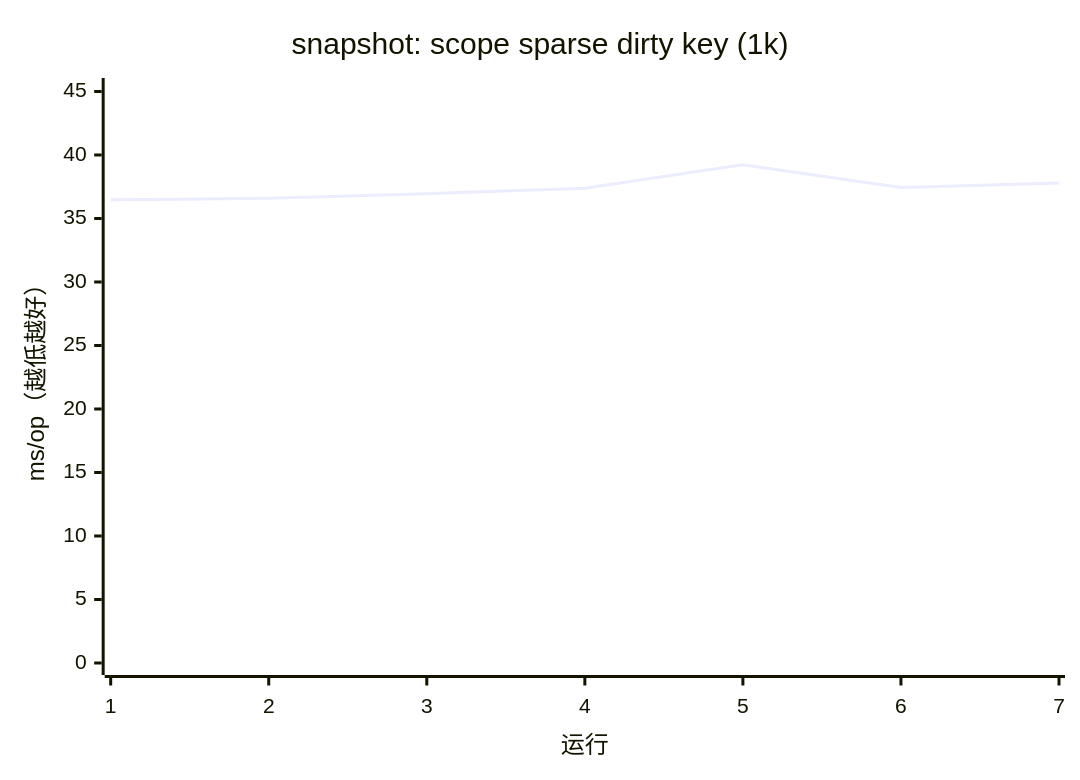
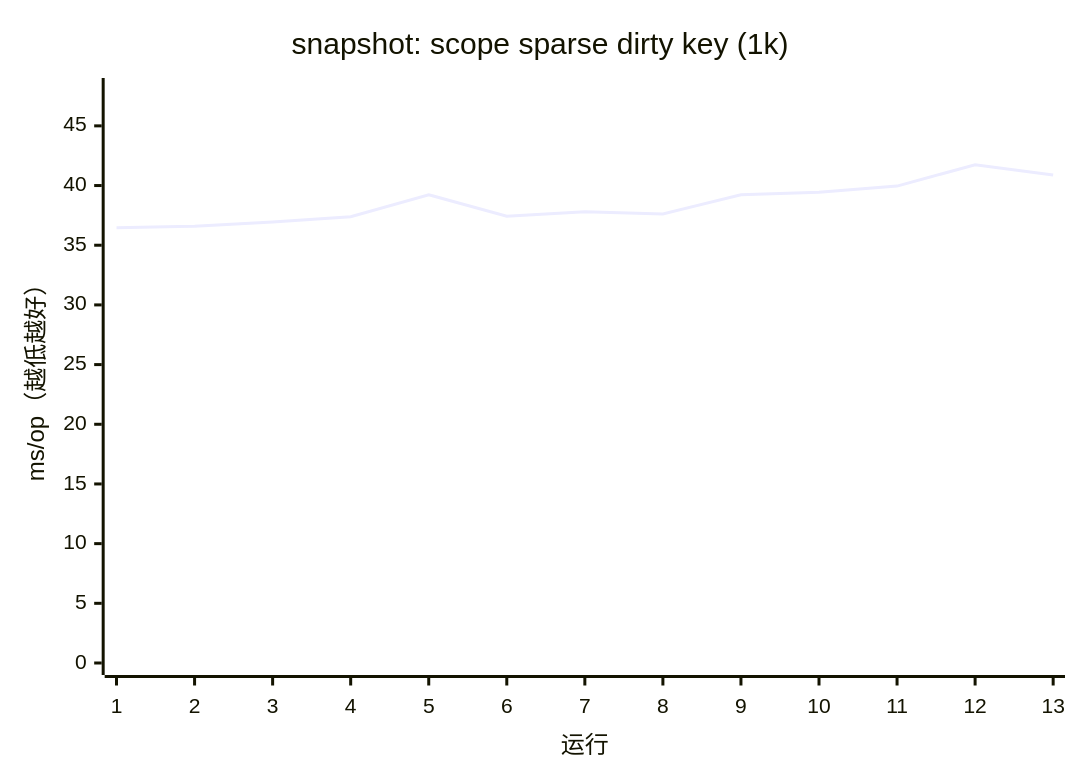
One commit to AIluffy/io changed the fifth of 17 diagrams in apps/docs/src/content/docs/guides/benchmark.mdx. Above: the diagram before and after it, drawn with Mermaid. The commit also changed other lines of this file and 11 other files, not shown here.

````diff
--- a/apps/docs/src/content/docs/guides/benchmark.mdx
+++ b/apps/docs/src/content/docs/guides/benchmark.mdx
@@ -148,7 +235,7 @@
 ```mermaid
 xychart-beta
   title "snapshot: scope sparse dirty key (1k)"
-  x-axis "运行" [1, 2, 3, 4, 5, 6, 7]
-  y-axis "ms/op（越低越好）" 0 --> 45.116
-  line [36.472, 36.5878, 36.9486, 37.3812, 39.2313, 37.435, 37.7992]
+  x-axis "运行" [1, 2, 3, 4, 5, 6, 7, 8, 9, 10, 11, 12, 13]
+  y-axis "ms/op（越低越好）" 0 --> 48.0046
+  line [36.472, 36.5878, 36.9486, 37.3812, 39.2313, 37.435, 37.7992, 37.6167, 39.2233, 39.4452, 39.9555, 41.7431, 40.8896]
 ```
````
